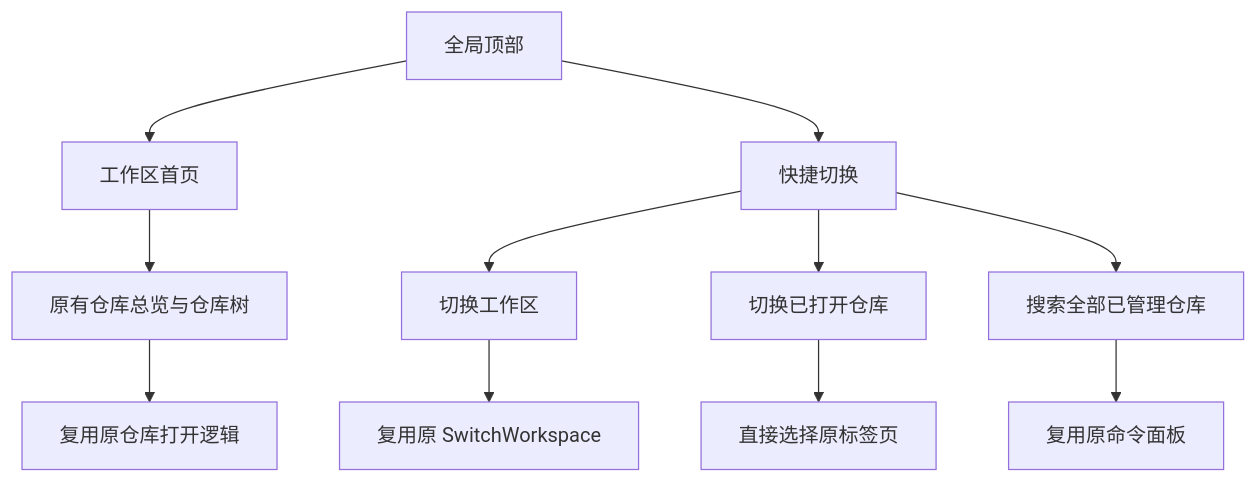
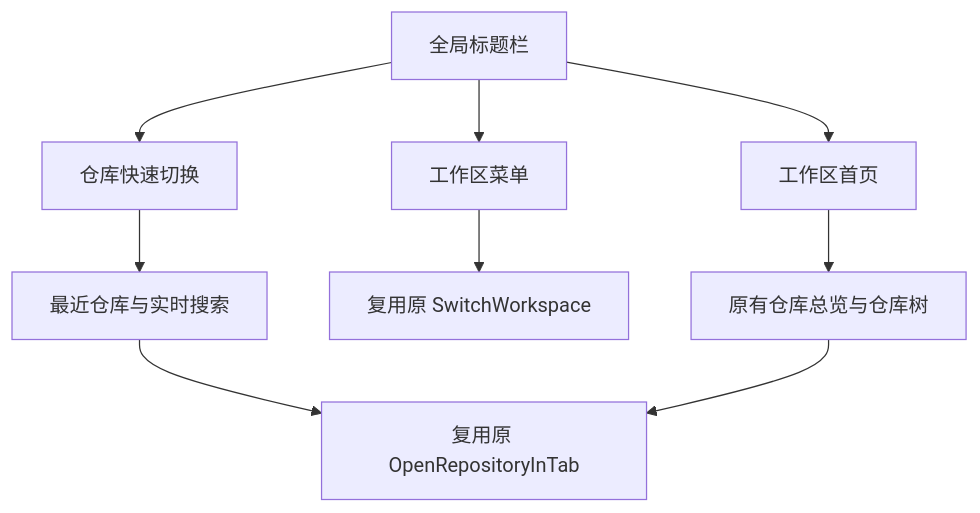
The diagram in docs/mygit-ui-redesign_cn.md (buildHelpers/MyGIt), drawn with Mermaid before and after one commit. The commit also changed other lines of this file, not shown here.

Commit message:
docs(nav): clarify separate workspace and recent repository controls

````diff
--- a/docs/mygit-ui-redesign_cn.md
+++ b/docs/mygit-ui-redesign_cn.md
@@ -15,13 +15,11 @@
 ```mermaid
 flowchart TD
-    A[全局顶部] --> B[工作区首页]
-    A --> C[快捷切换]
-    B --> D[原有仓库总览与仓库树]
-    C --> E[切换工作区]
-    C --> F[切换已打开仓库]
-    C --> G[搜索全部已管理仓库]
-    E --> H[复用原 SwitchWorkspace]
-    F --> I[直接选择原标签页]
-    G --> J[复用原命令面板]
-    D --> K[复用原仓库打开逻辑]
+    A[全局标题栏] --> B[工作区首页]
+    A --> C[工作区菜单]
+    A --> D[仓库快速切换]
+    B --> E[原有仓库总览与仓库树]
+    C --> F[复用原 SwitchWorkspace]
+    D --> G[最近仓库与实时搜索]
+    G --> H[复用原 OpenRepositoryInTab]
+    E --> H
 ```
````
